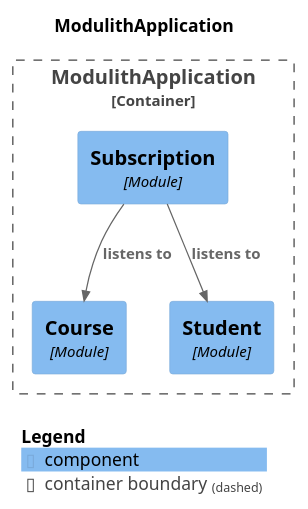
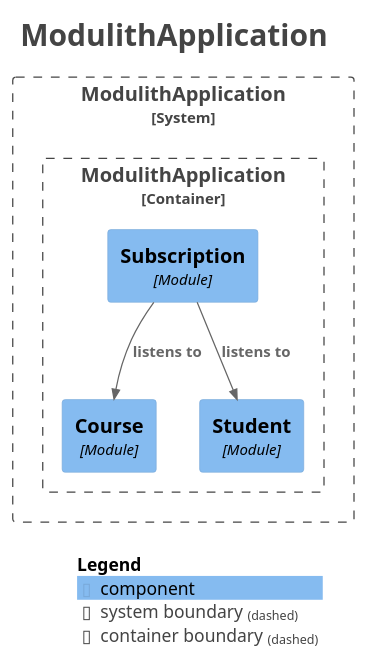
Before and after one commit to rashidi/spring-boot-tutorials: the diagram in modulith/docs/components.puml, drawn with PlantUML. The commit also changed 92 other files, not shown here.

```diff
--- a/modulith/docs/components.puml
+++ b/modulith/docs/components.puml
@@ -1,21 +1,32 @@
 @startuml
+title <size:24>ModulithApplication</size>
+
 set separator none
-title ModulithApplication
+top to bottom direction
 
-top to bottom direction
+<style>
+  root {
+    BackgroundColor: #ffffff
+    FontColor: #444444
+  }
+</style>
 
 !include <C4/C4>
 !include <C4/C4_Context>
 !include <C4/C4_Component>
 
-Container_Boundary("ModulithApplication.ModulithApplication_boundary", "ModulithApplication", $tags="") {
-  Component(ModulithApplication.ModulithApplication.Course, "Course", $techn="Module", $descr="", $tags="", $link="")
-  Component(ModulithApplication.ModulithApplication.Student, "Student", $techn="Module", $descr="", $tags="", $link="")
-  Component(ModulithApplication.ModulithApplication.Subscription, "Subscription", $techn="Module", $descr="", $tags="", $link="")
+System_Boundary("ModulithApplication_boundary", "ModulithApplication", $tags="") {
+  Container_Boundary("ModulithApplication.ModulithApplication_boundary", "ModulithApplication", $tags="") {
+    Component(ModulithApplication.ModulithApplication.Course, "Course", $techn="Module", $descr="", $tags="", $link="")
+    Component(ModulithApplication.ModulithApplication.Student, "Student", $techn="Module", $descr="", $tags="", $link="")
+    Component(ModulithApplication.ModulithApplication.Subscription, "Subscription", $techn="Module", $descr="", $tags="", $link="")
+  }
+
 }
 
 Rel(ModulithApplication.ModulithApplication.Subscription, ModulithApplication.ModulithApplication.Student, "listens to", $techn="", $tags="", $link="")
 Rel(ModulithApplication.ModulithApplication.Subscription, ModulithApplication.ModulithApplication.Course, "listens to", $techn="", $tags="", $link="")
 
 SHOW_LEGEND(true)
+hide stereotypes
 @enduml
```
